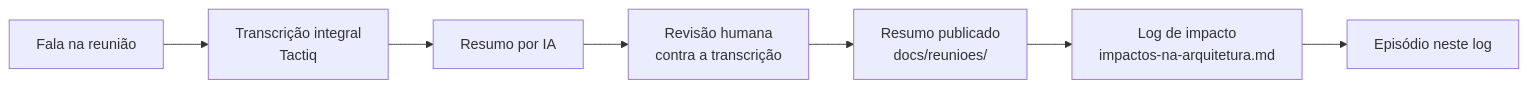
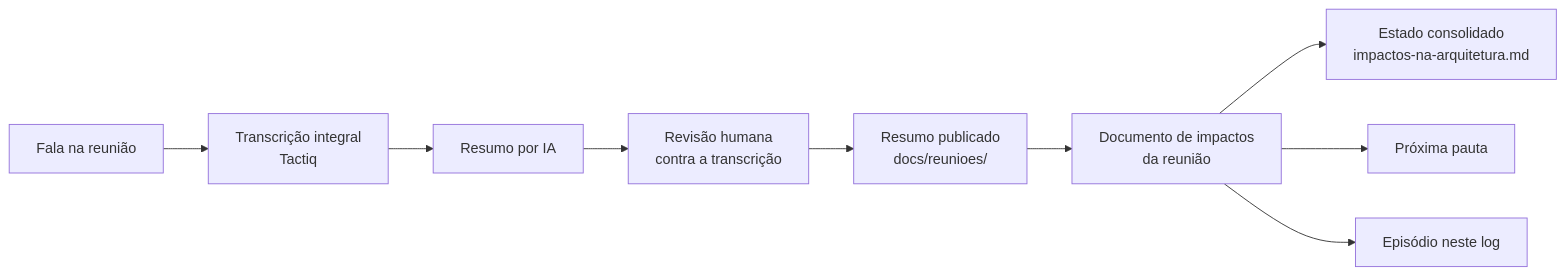
One commit to edalcin/Arquitetura-BioCultural changed the diagram in docs/ia/uso-de-ia.md. Above: the diagram before and after it, drawn with Mermaid. The commit also changed other lines of this file and 14 other files, not shown here.

Commit message:
docs(reunioes): reunião de 29/09 e três documentos por reunião (resumo, impactos, próxima pauta)

````diff
--- a/docs/ia/uso-de-ia.md
+++ b/docs/ia/uso-de-ia.md
@@ -12,9 +12,11 @@
 ```mermaid
 flowchart LR
     F[Fala na reunião] --> T[Transcrição integral<br/>Tactiq]
     T --> R[Resumo por IA]
     R --> V[Revisão humana<br/>contra a transcrição]
     V --> P[Resumo publicado<br/>docs/reunioes/]
-    P --> I[Log de impacto<br/>impactos-na-arquitetura.md]
+    P --> I[Documento de impactos<br/>da reunião]
+    I --> C[Estado consolidado<br/>impactos-na-arquitetura.md]
+    I --> N[Próxima pauta]
     I --> E[Episódio neste log]
 ```
````
